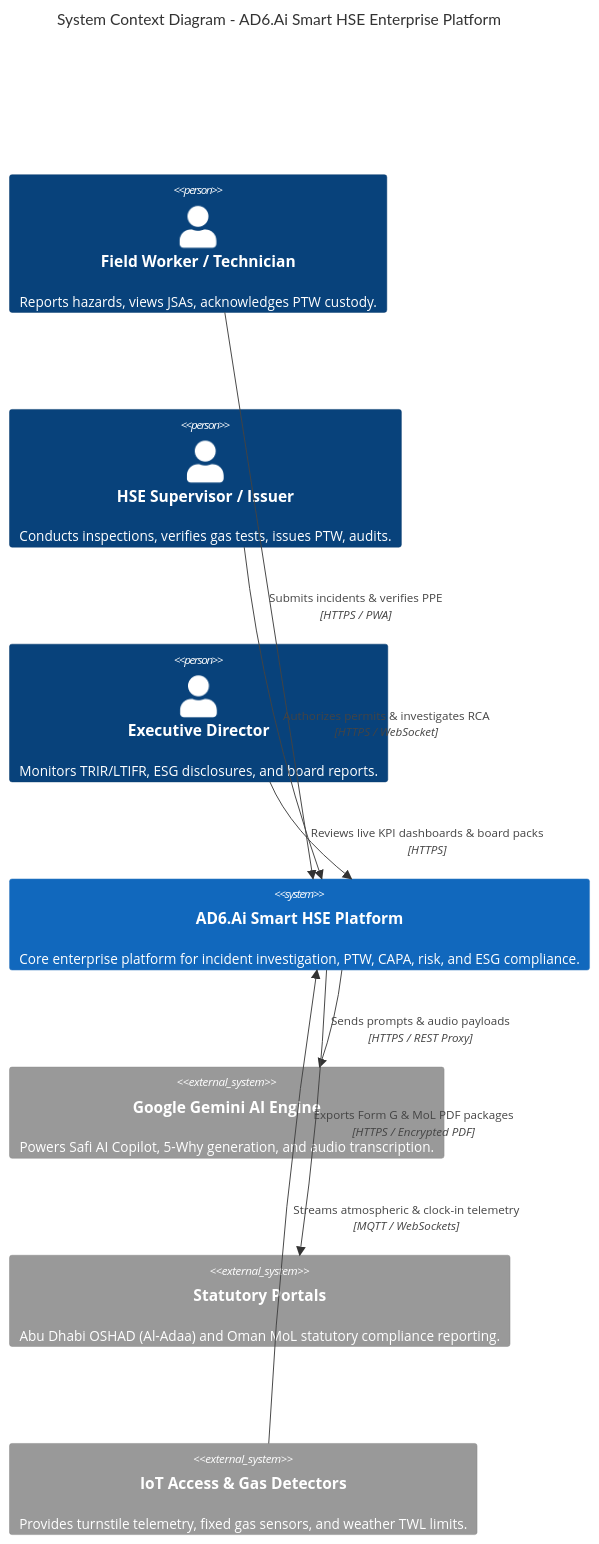
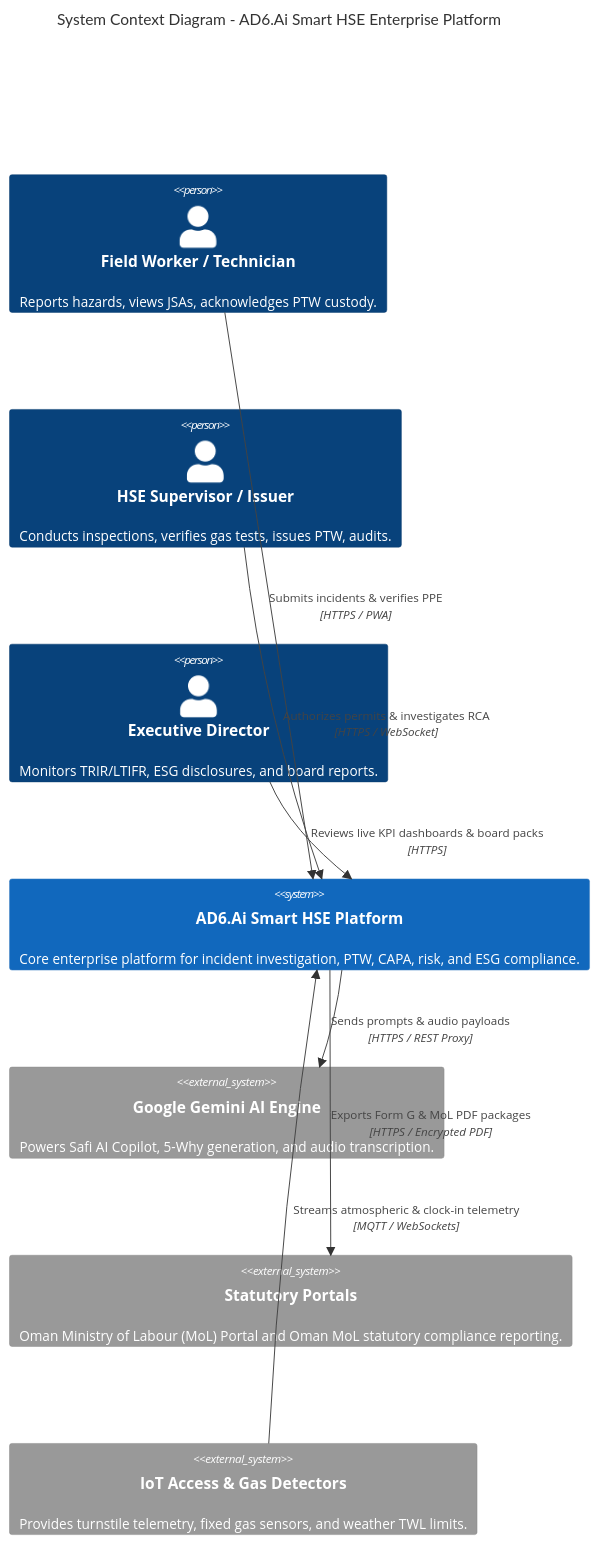
One commit to Mdh98123/Demo-Prototype-of-AD6.Ai-Smart-HSE- changed the first of 3 diagrams in docs/ARCHITECTURE.md. Above: the diagram before and after it, drawn with Mermaid. The commit also changed 136 other files, not shown here.

First line of the commit message:
feat: migrate regional compliance to Oman regulations

````diff
--- a/docs/ARCHITECTURE.md
+++ b/docs/ARCHITECTURE.md
@@ -26,22 +26,22 @@
 ```mermaid
 C4Context
     title System Context Diagram - AD6.Ai Smart HSE Enterprise Platform
 
     Person(fieldWorker, "Field Worker / Technician", "Reports hazards, views JSAs, acknowledges PTW custody.")
     Person(hseSupervisor, "HSE Supervisor / Issuer", "Conducts inspections, verifies gas tests, issues PTW, audits.")
     Person(execDirector, "Executive Director", "Monitors TRIR/LTIFR, ESG disclosures, and board reports.")
 
     System(ad6Platform, "AD6.Ai Smart HSE Platform", "Core enterprise platform for incident investigation, PTW, CAPA, risk, and ESG compliance.")
 
     System_Ext(geminiService, "Google Gemini AI Engine", "Powers Safi AI Copilot, 5-Why generation, and audio transcription.")
-    System_Ext(governmentPortals, "Statutory Portals", "Abu Dhabi OSHAD (Al-Adaa) and Oman MoL statutory compliance reporting.")
+    System_Ext(governmentPortals, "Statutory Portals", "Oman Ministry of Labour (MoL) Portal and Oman MoL statutory compliance reporting.")
     System_Ext(iotSensors, "IoT Access & Gas Detectors", "Provides turnstile telemetry, fixed gas sensors, and weather TWL limits.")
 
     Rel(fieldWorker, ad6Platform, "Submits incidents & verifies PPE", "HTTPS / PWA")
     Rel(hseSupervisor, ad6Platform, "Authorizes permits & investigates RCA", "HTTPS / WebSocket")
     Rel(execDirector, ad6Platform, "Reviews live KPI dashboards & board packs", "HTTPS")
 
     Rel(ad6Platform, geminiService, "Sends prompts & audio payloads", "HTTPS / REST Proxy")
     Rel(ad6Platform, governmentPortals, "Exports Form G & MoL PDF packages", "HTTPS / Encrypted PDF")
     Rel(iotSensors, ad6Platform, "Streams atmospheric & clock-in telemetry", "MQTT / WebSockets")
 ```
````
